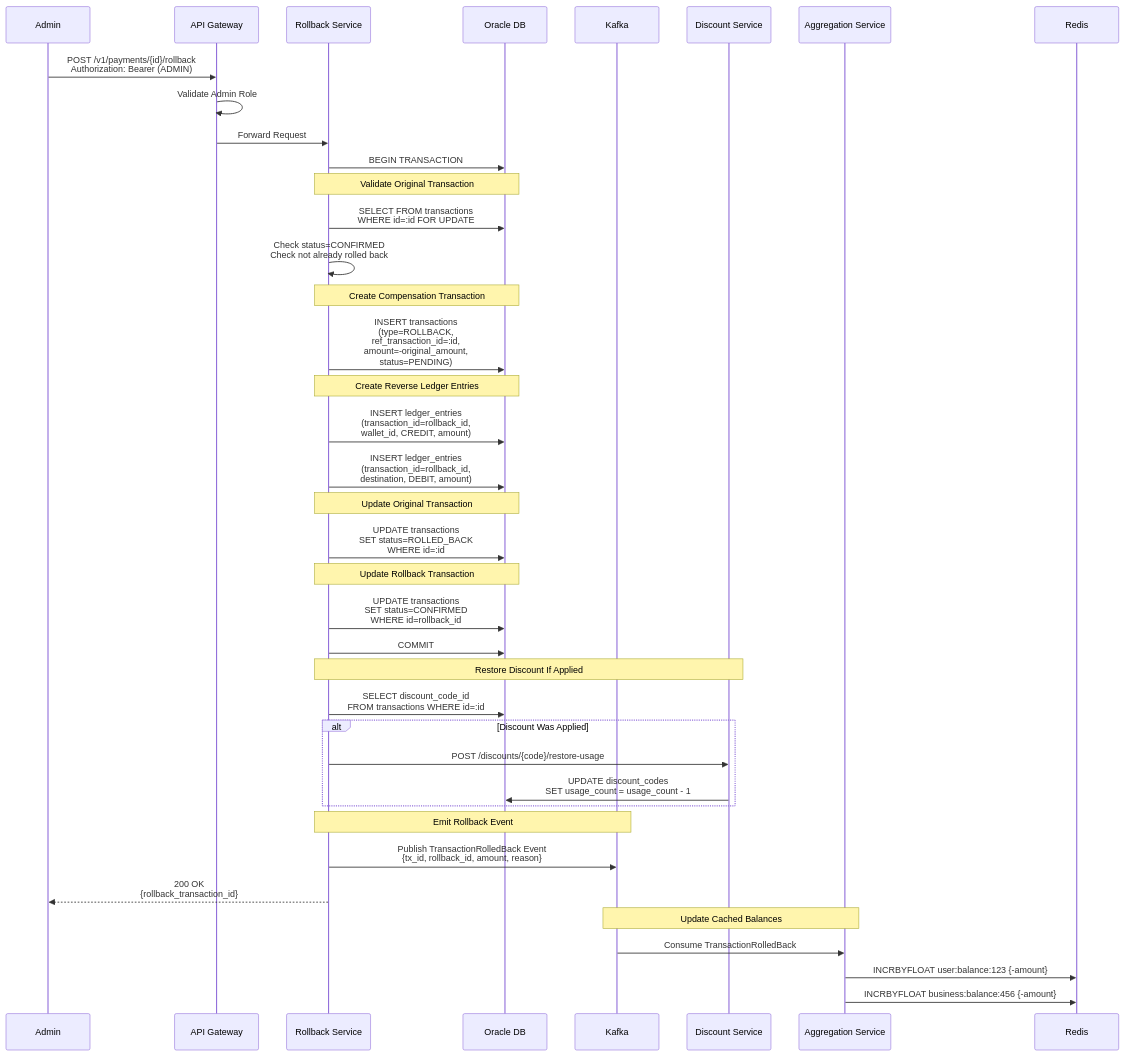
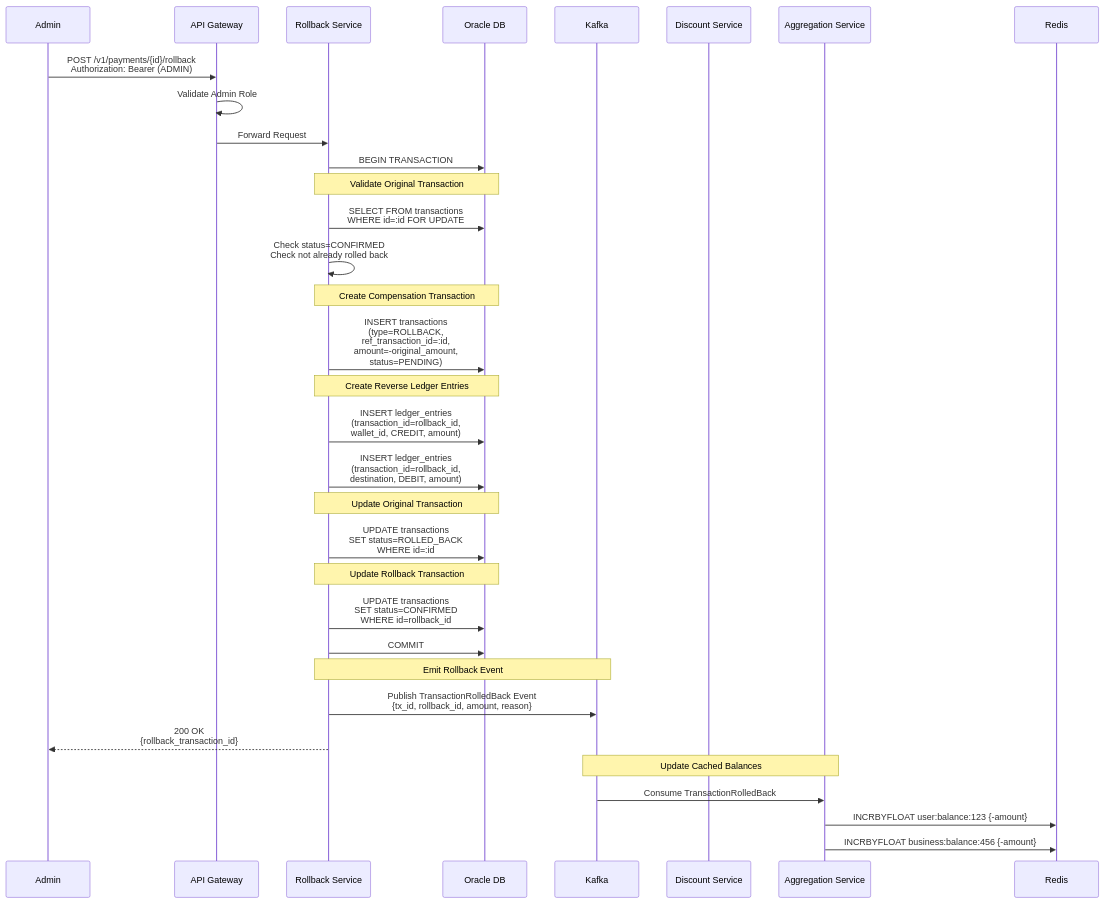
One commit to mdastpak/Wallet-Service changed the sixth of 12 diagrams in docs/01-architecture/data-flows.md. Above: the diagram before and after it, drawn with Mermaid. The commit also changed other lines of this file and 8 other files, not shown here.

First line of the commit message:
Update Oracle Database to 26ai and remove all discount code references

````diff
--- a/docs/01-architecture/data-flows.md
+++ b/docs/01-architecture/data-flows.md
@@ -194,52 +194,45 @@
 ```mermaid
 sequenceDiagram
     participant Admin
     participant API Gateway
     participant Rollback Service
     participant Oracle DB
     participant Kafka
     participant Discount Service
     participant Aggregation Service
 
     Admin->>API Gateway: POST /v1/payments/{id}/rollback<br/>Authorization: Bearer (ADMIN)
     API Gateway->>API Gateway: Validate Admin Role
     API Gateway->>Rollback Service: Forward Request
 
     Rollback Service->>Oracle DB: BEGIN TRANSACTION
 
     Note over Rollback Service,Oracle DB: Validate Original Transaction
     Rollback Service->>Oracle DB: SELECT FROM transactions<br/>WHERE id=:id FOR UPDATE
     Rollback Service->>Rollback Service: Check status=CONFIRMED<br/>Check not already rolled back
 
     Note over Rollback Service,Oracle DB: Create Compensation Transaction
     Rollback Service->>Oracle DB: INSERT transactions<br/>(type=ROLLBACK,<br/>ref_transaction_id=:id,<br/>amount=-original_amount,<br/>status=PENDING)
 
     Note over Rollback Service,Oracle DB: Create Reverse Ledger Entries
     Rollback Service->>Oracle DB: INSERT ledger_entries<br/>(transaction_id=rollback_id,<br/>wallet_id, CREDIT, amount)
     Rollback Service->>Oracle DB: INSERT ledger_entries<br/>(transaction_id=rollback_id,<br/>destination, DEBIT, amount)
 
     Note over Rollback Service,Oracle DB: Update Original Transaction
     Rollback Service->>Oracle DB: UPDATE transactions<br/>SET status=ROLLED_BACK<br/>WHERE id=:id
 
     Note over Rollback Service,Oracle DB: Update Rollback Transaction
     Rollback Service->>Oracle DB: UPDATE transactions<br/>SET status=CONFIRMED<br/>WHERE id=rollback_id
 
     Rollback Service->>Oracle DB: COMMIT
 
-    Note over Rollback Service,Discount Service: Restore Discount If Applied
-    Rollback Service->>Oracle DB: SELECT discount_code_id<br/>FROM transactions WHERE id=:id
-    alt Discount Was Applied
-        Rollback Service->>Discount Service: POST /discounts/{code}/restore-usage
-        Discount Service->>Oracle DB: UPDATE discount_codes<br/>SET usage_count = usage_count - 1
-    end
-
     Note over Rollback Service,Kafka: Emit Rollback Event
     Rollback Service->>Kafka: Publish TransactionRolledBack Event<br/>{tx_id, rollback_id, amount, reason}
 
     Rollback Service-->>Admin: 200 OK<br/>{rollback_transaction_id}
 
     Note over Kafka,Aggregation Service: Update Cached Balances
     Kafka->>Aggregation Service: Consume TransactionRolledBack
     Aggregation Service->>Redis: INCRBYFLOAT user:balance:123 {-amount}
     Aggregation Service->>Redis: INCRBYFLOAT business:balance:456 {-amount}
 ```
````
